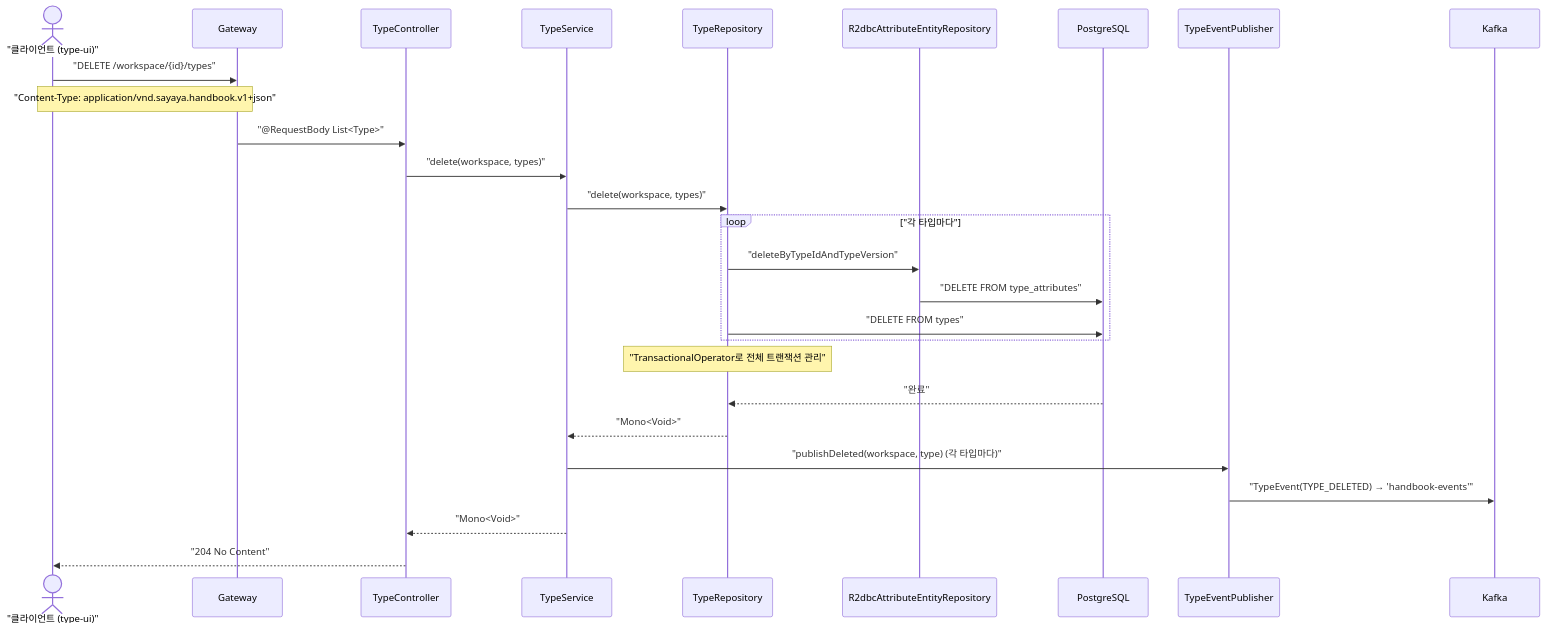
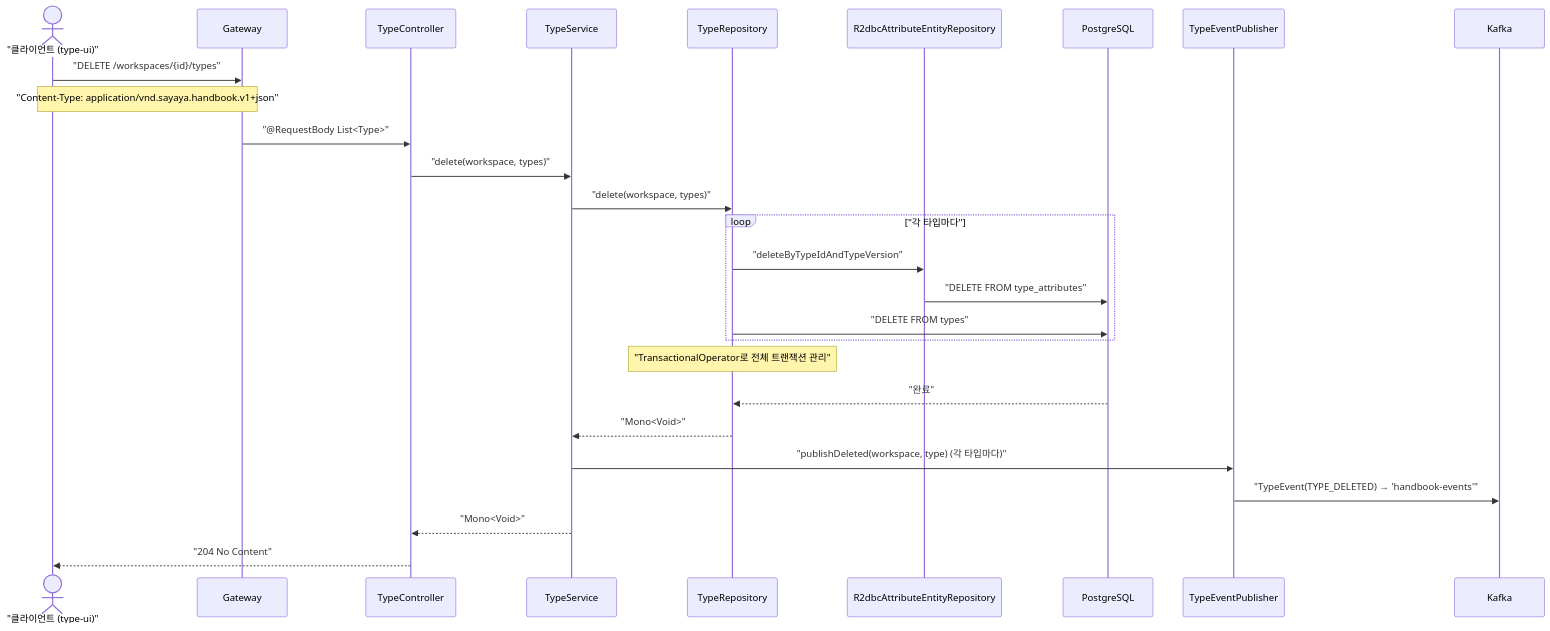
One commit to sayaya1090/handbook changed the second of 4 diagrams in type-command/USECASE.md. Above: the diagram before and after it, drawn with Mermaid. The commit also changed other lines of this file and 58 other files, not shown here.

````diff
--- a/type-command/USECASE.md
+++ b/type-command/USECASE.md
@@ -45,30 +45,30 @@
 ```mermaid
 sequenceDiagram
     actor Client as "클라이언트 (type-ui)"
     participant GW as Gateway
     participant Ctrl as TypeController
     participant Svc as TypeService
     participant Repo as TypeRepository
     participant AttrRepo as R2dbcAttributeEntityRepository
     participant DB as PostgreSQL
     participant Pub as TypeEventPublisher
     participant Kafka as Kafka
 
-    Client->>GW: "DELETE /workspace/{id}/types"
+    Client->>GW: "DELETE /workspaces/{id}/types"
     Note over Client,GW: "Content-Type: application/vnd.sayaya.handbook.v1+json"
     GW->>Ctrl: "@RequestBody List<Type>"
     Ctrl->>Svc: "delete(workspace, types)"
     Svc->>Repo: "delete(workspace, types)"
     loop "각 타입마다"
         Repo->>AttrRepo: "deleteByTypeIdAndTypeVersion"
         AttrRepo->>DB: "DELETE FROM type_attributes"
         Repo->>DB: "DELETE FROM types"
     end
     Note over Repo: "TransactionalOperator로 전체 트랜잭션 관리"
     DB-->>Repo: "완료"
     Repo-->>Svc: "Mono<Void>"
     Svc->>Pub: "publishDeleted(workspace, type) (각 타입마다)"
     Pub->>Kafka: "TypeEvent(TYPE_DELETED) → 'handbook-events'"
     Svc-->>Ctrl: "Mono<Void>"
     Ctrl-->>Client: "204 No Content"
 ```
````
